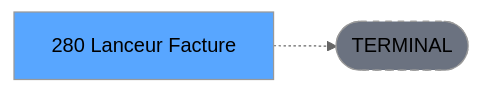
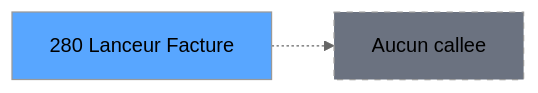
One commit to thonyAGP/magic-migration changed the third of 3 diagrams in .openspec/specs/ADH-IDE-280.md. Above: the diagram before and after it, drawn with Mermaid (neutral theme). The commit also changed other lines of this file and 493 other files, not shown here.

````diff
--- a/.openspec/specs/ADH-IDE-280.md
+++ b/.openspec/specs/ADH-IDE-280.md
@@ -138,8 +143,8 @@
 ```mermaid
 graph LR
-    T[280 Lanceur Facture]
-    TERM([TERMINAL])
-    T -.-> TERM
-    style TERM fill:#6b7280,stroke-dasharray: 5 5
-    style T fill:#58a6ff,color:#000
+    T280[280 Lanceur Facture]
+    style T280 fill:#58a6ff
+    NONE[Aucun callee]
+    T280 -.-> NONE
+    style NONE fill:#6b7280,stroke-dasharray: 5 5
 ```
````
